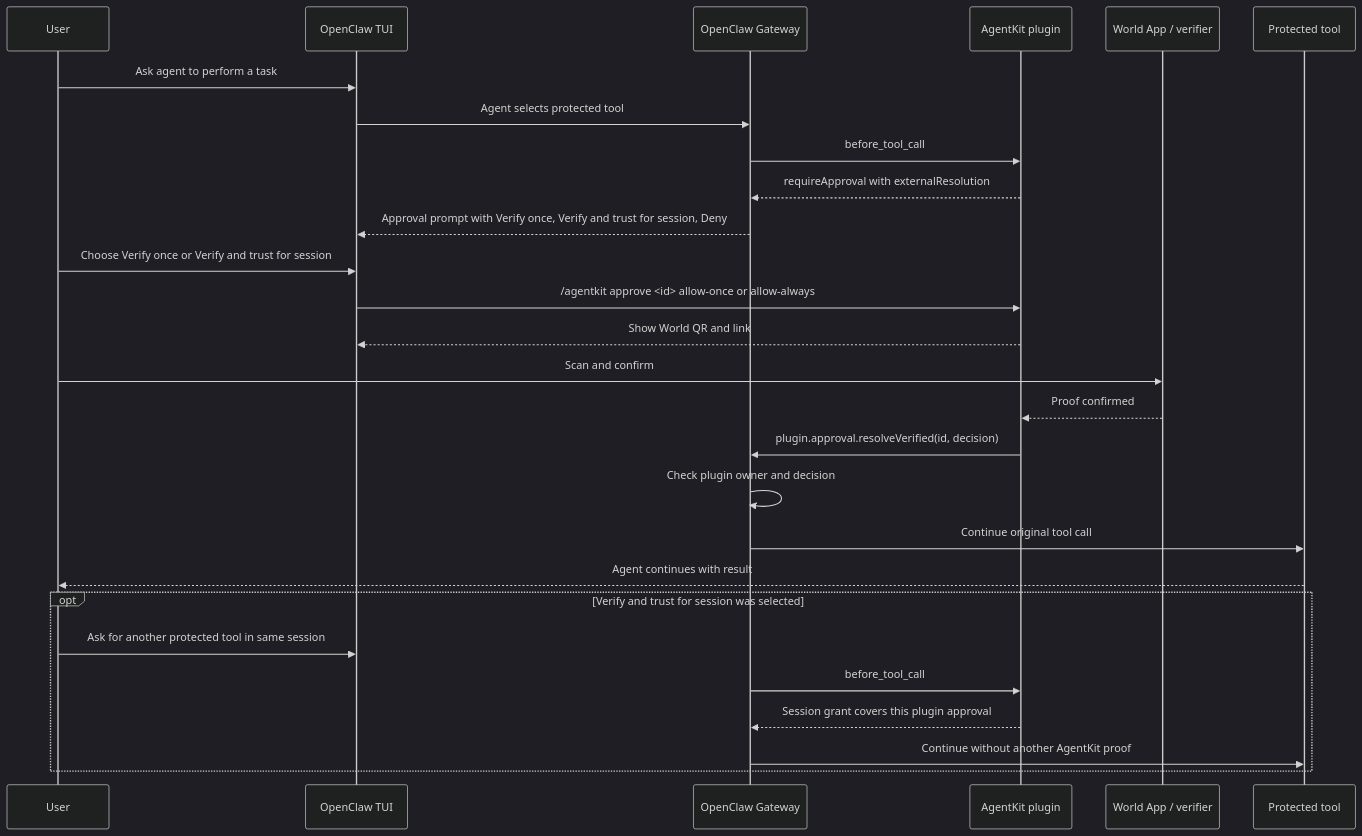
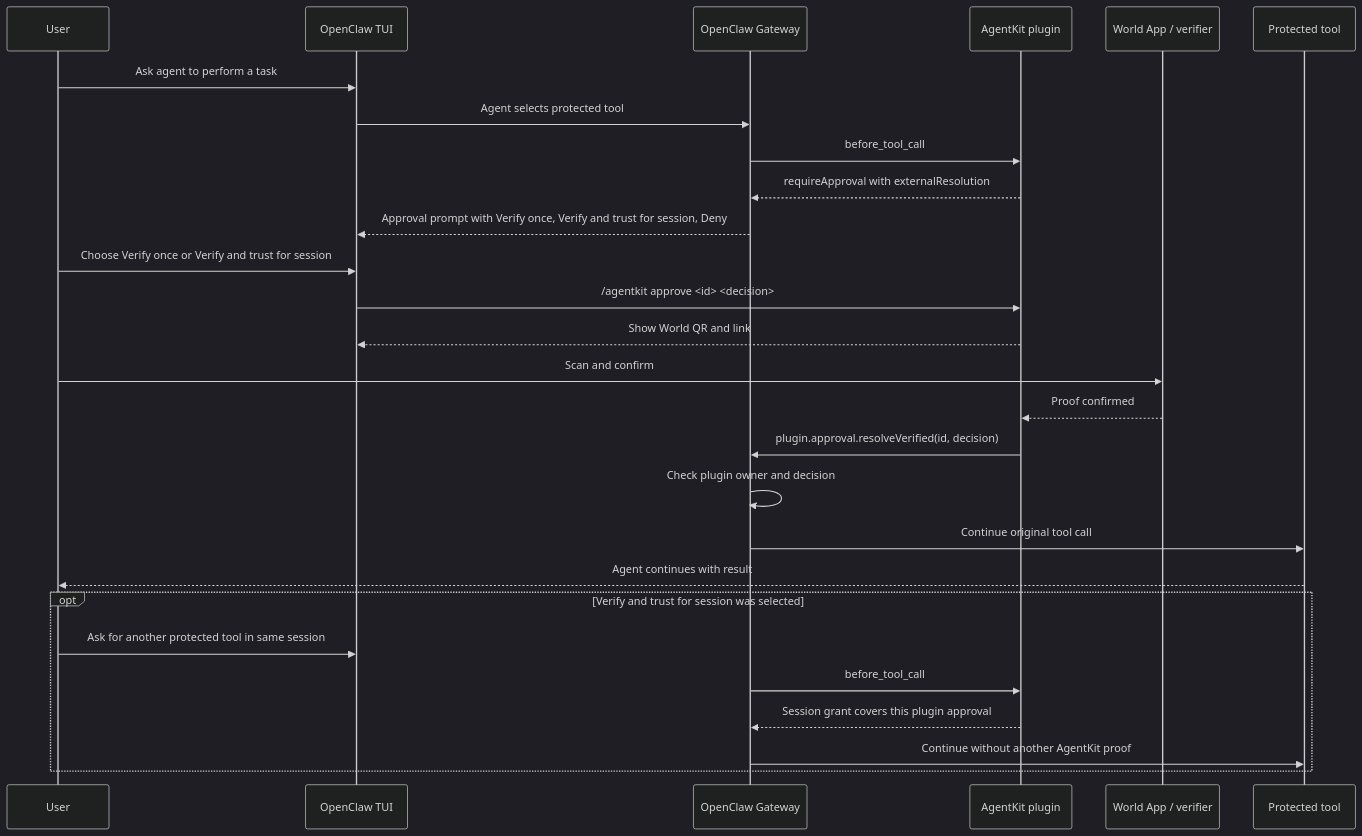
One commit to openclaw/rfcs changed the second of 2 diagrams in rfcs/0011-plugin-owned-external-verification-approvals.md. Above: the diagram before and after it, drawn with Mermaid (dark theme). The commit also changed other lines of this file, not shown here.

````diff
--- a/rfcs/0011-plugin-owned-external-verification-approvals.md
+++ b/rfcs/0011-plugin-owned-external-verification-approvals.md
@@ -382,30 +450,30 @@
 ```mermaid
 sequenceDiagram
   participant User
   participant TUI as OpenClaw TUI
   participant Core as OpenClaw Gateway
   participant Plugin as AgentKit plugin
   participant World as World App / verifier
   participant Tool as Protected tool
 
   User->>TUI: Ask agent to perform a task
   TUI->>Core: Agent selects protected tool
   Core->>Plugin: before_tool_call
   Plugin-->>Core: requireApproval with externalResolution
   Core-->>TUI: Approval prompt with Verify once, Verify and trust for session, Deny
   User->>TUI: Choose Verify once or Verify and trust for session
-  TUI->>Plugin: /agentkit approve <id> allow-once or allow-always
+  TUI->>Plugin: /agentkit approve <id> <decision>
   Plugin-->>TUI: Show World QR and link
   User->>World: Scan and confirm
   World-->>Plugin: Proof confirmed
   Plugin->>Core: plugin.approval.resolveVerified(id, decision)
   Core->>Core: Check plugin owner and decision
   Core->>Tool: Continue original tool call
   Tool-->>User: Agent continues with result
   opt Verify and trust for session was selected
     User->>TUI: Ask for another protected tool in same session
     Core->>Plugin: before_tool_call
     Plugin-->>Core: Session grant covers this plugin approval
     Core->>Tool: Continue without another AgentKit proof
   end
 ```
````
